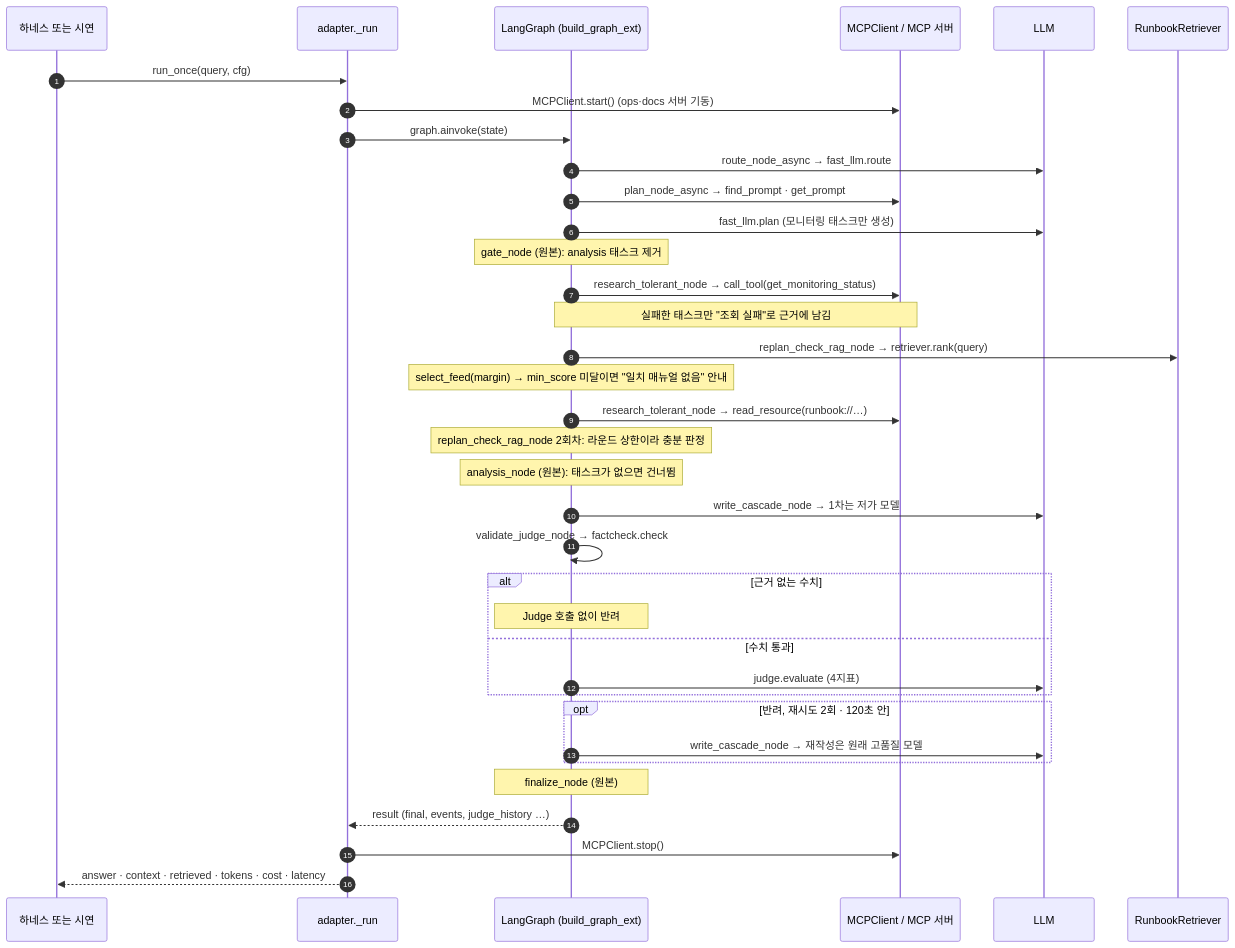
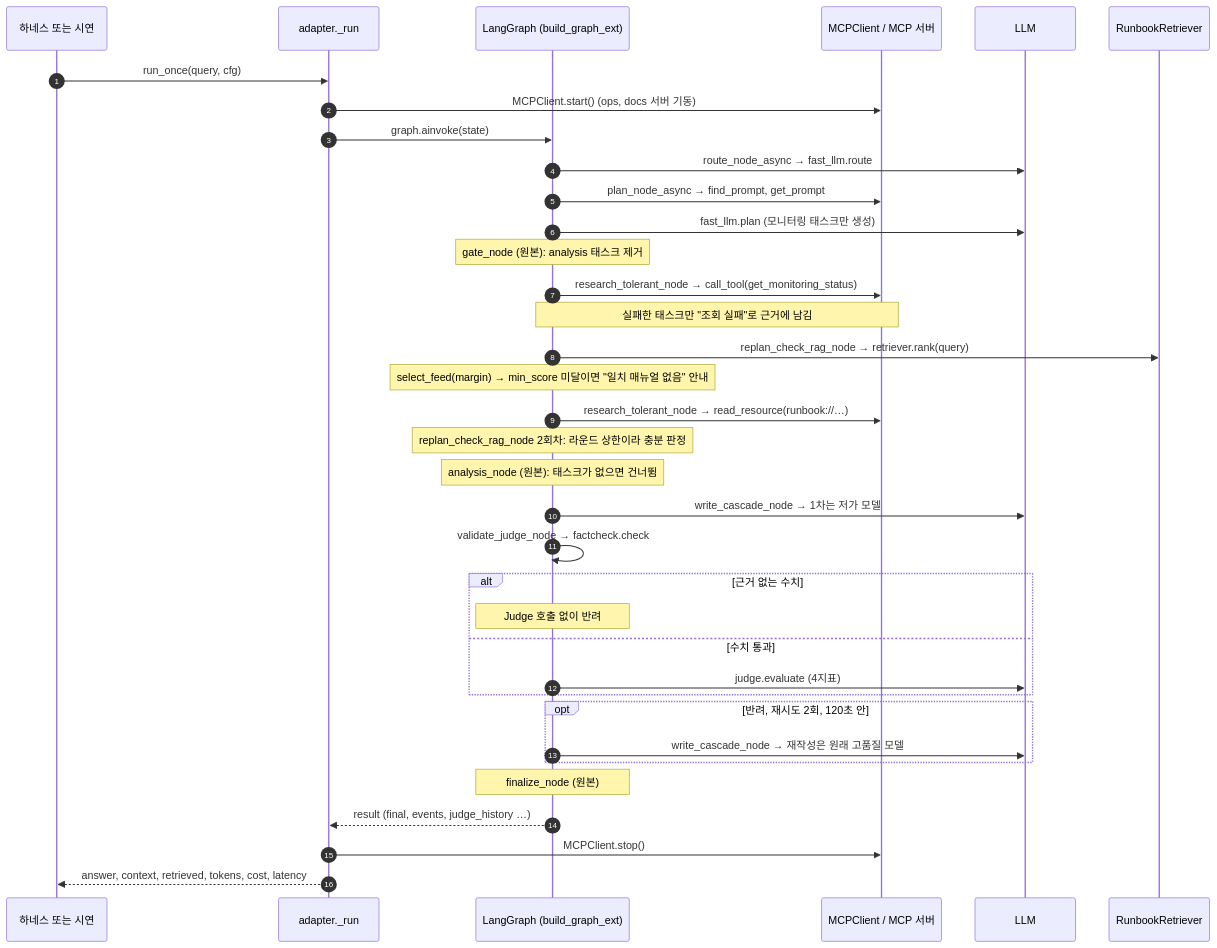
One commit to jang961111-hash/incident-agent-ablation changed the second of 3 diagrams in docs/08_코드_가이드.md. Above: the diagram before and after it, drawn with Mermaid. The commit also changed other lines of this file and 28 other files, not shown here.

````diff
--- a/docs/08_코드_가이드.md
+++ b/docs/08_코드_가이드.md
@@ -218,38 +218,38 @@
 ```mermaid
 sequenceDiagram
     autonumber
     participant H as 하네스 또는 시연
     participant AD as adapter._run
     participant G as LangGraph (build_graph_ext)
     participant M as MCPClient / MCP 서버
     participant L as LLM
     participant RG as RunbookRetriever
     H->>AD: run_once(query, cfg)
-    AD->>M: MCPClient.start() (ops·docs 서버 기동)
+    AD->>M: MCPClient.start() (ops, docs 서버 기동)
     AD->>G: graph.ainvoke(state)
     G->>L: route_node_async → fast_llm.route
-    G->>M: plan_node_async → find_prompt · get_prompt
+    G->>M: plan_node_async → find_prompt, get_prompt
     G->>L: fast_llm.plan (모니터링 태스크만 생성)
     Note over G: gate_node (원본): analysis 태스크 제거
     G->>M: research_tolerant_node → call_tool(get_monitoring_status)
     Note over G,M: 실패한 태스크만 "조회 실패"로 근거에 남김
     G->>RG: replan_check_rag_node → retriever.rank(query)
     Note over G: select_feed(margin) → min_score 미달이면 "일치 매뉴얼 없음" 안내
     G->>M: research_tolerant_node → read_resource(runbook://…)
     Note over G: replan_check_rag_node 2회차: 라운드 상한이라 충분 판정
     Note over G: analysis_node (원본): 태스크가 없으면 건너뜀
     G->>L: write_cascade_node → 1차는 저가 모델
     G->>G: validate_judge_node → factcheck.check
     alt 근거 없는 수치
         Note over G: Judge 호출 없이 반려
     else 수치 통과
         G->>L: judge.evaluate (4지표)
     end
-    opt 반려, 재시도 2회 · 120초 안
+    opt 반려, 재시도 2회, 120초 안
         G->>L: write_cascade_node → 재작성은 원래 고품질 모델
     end
     Note over G: finalize_node (원본)
     G-->>AD: result (final, events, judge_history …)
     AD->>M: MCPClient.stop()
-    AD-->>H: answer · context · retrieved · tokens · cost · latency
+    AD-->>H: answer, context, retrieved, tokens, cost, latency
 ```
````
